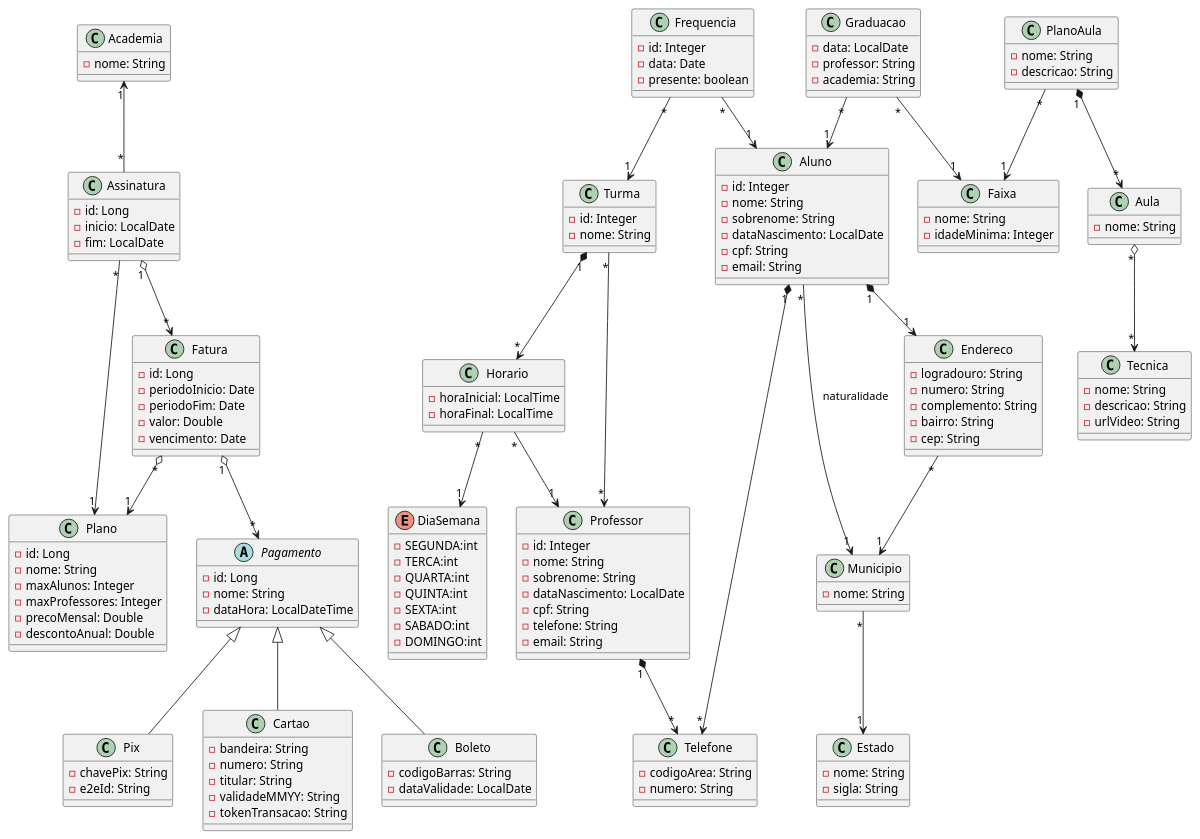
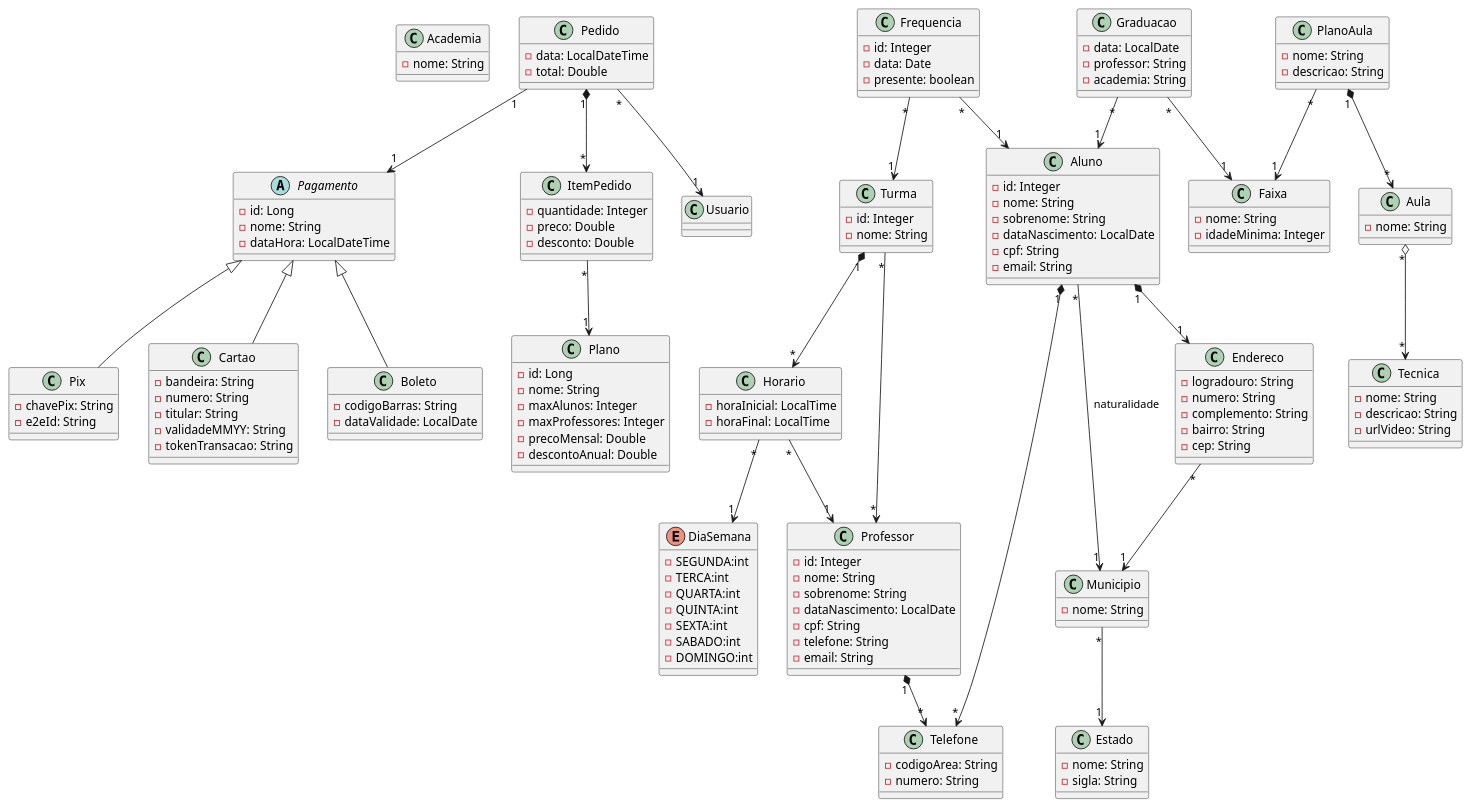
Before and after one commit to janiojunior/jiujitsu-quarkus-tp2: the diagram in src/main/resources/doc/jiujitsu2.plantuml, drawn with PlantUML. The commit also changed 11 other files, not shown here.

```diff
--- a/src/main/resources/doc/jiujitsu2.plantuml
+++ b/src/main/resources/doc/jiujitsu2.plantuml
@@ -16,11 +16,11 @@
 }
 
 
-class Assinatura {
-    - id: Long
-    - inicio: LocalDate
-    - fim: LocalDate
-}
+' class Assinatura {
+'     - id: Long
+'     - inicio: LocalDate
+'     - fim: LocalDate
+' }
 
 
 abstract class Pagamento {
@@ -51,13 +51,13 @@
 }
 
 
-class Fatura {
-    - id: Long
-    - periodoInicio: Date
-    - periodoFim: Date
-    - valor: Double
-    - vencimento: Date
-}
+' class Fatura {
+'     - id: Long
+'     - periodoInicio: Date
+'     - periodoFim: Date
+'     - valor: Double
+'     - vencimento: Date
+' }
 
 
 class Aluno {
@@ -154,6 +154,18 @@
     - nome: String
 }
 
+class Pedido {
+    - data: LocalDateTime
+    - total: Double
+    ' - cupom: CupomDesconto
+}
+
+class ItemPedido {
+    - quantidade: Integer
+    - preco: Double
+    - desconto: Double
+}
+
 'relacionamentos
 Turma "1" *--> "*"  Horario
 Turma "*" --> "*" Professor
@@ -182,10 +194,18 @@
 
 Aula "*" o--> "*" Tecnica
 
-Academia "1" <-- "*" Assinatura
-Assinatura "*" --> "1" Plano
-Assinatura "1" o--> "*" Fatura
-Fatura "*" o--> "1" Plano
-Fatura "1" o--> "*" Pagamento
+Pedido "*" --> "1" Usuario
+Pedido "1" --> "1" Pagamento
+Pedido "1" *--> "*" ItemPedido
+
+ItemPedido "*" --> "1" Plano
+
+
+
+' Academia "1" <-- "*" Assinatura
+' Assinatura "*" --> "1" Plano
+' Assinatura "1" o--> "*" Fatura
+' Fatura "*" o--> "1" Plano
+' Fatura "1" o--> "*" Pagamento
 
 @enduml
```
